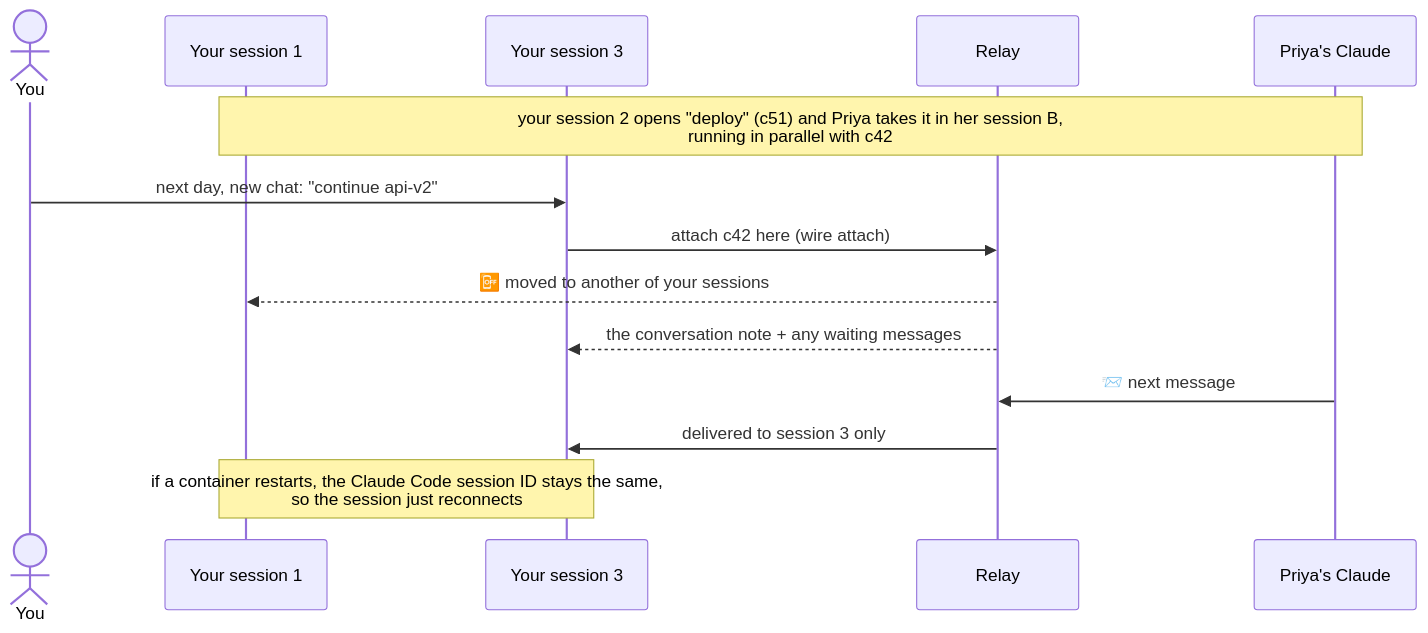
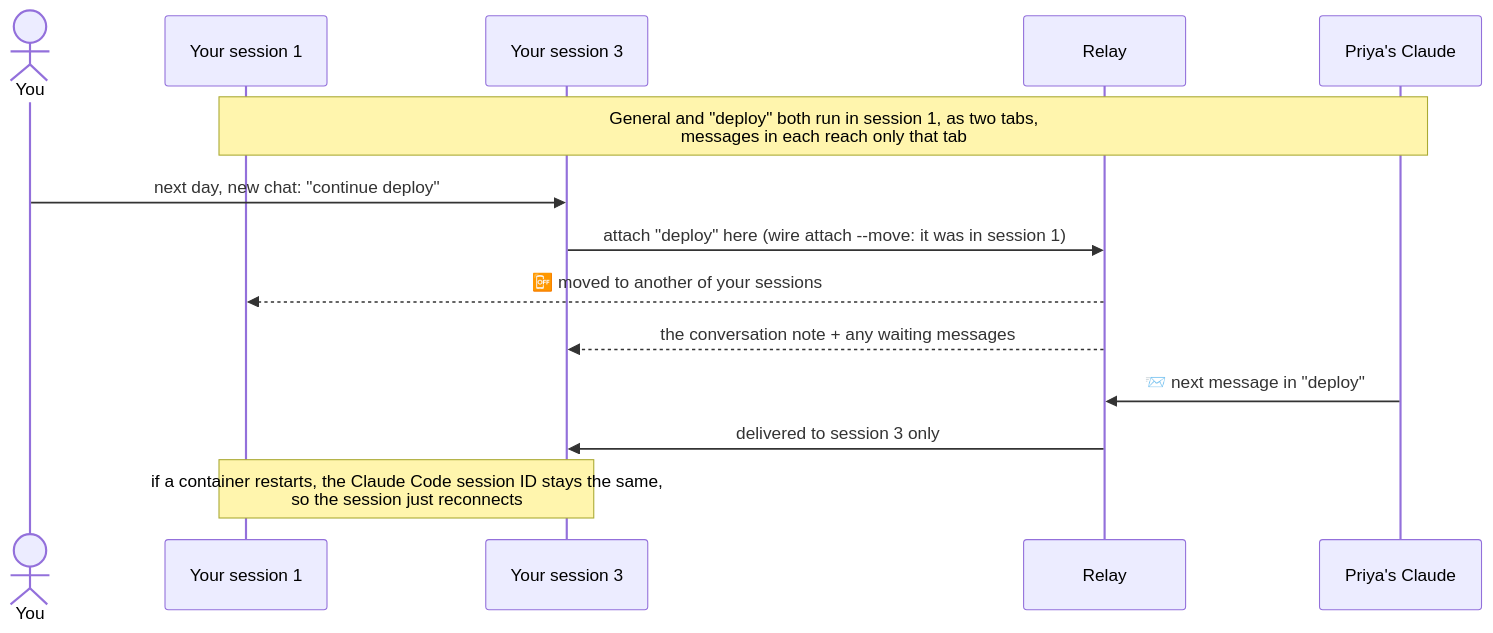
Before and after one commit to KilroyHere/wire-relay: the sixth of 7 diagrams in docs/FLOW.md, drawn with Mermaid. The commit also changed other lines of this file and 4 other files, not shown here.

First line of the commit message:
docs: bring the flow, READMEs, CLAUDE.md and the plan up to date

````diff
--- a/docs/FLOW.md
+++ b/docs/FLOW.md
@@ -123,16 +140,16 @@
 ```mermaid
 sequenceDiagram
     actor U as You
     participant S1 as Your session 1
     participant S3 as Your session 3
     participant R as Relay
     participant PC as Priya's Claude
-    Note over S1,PC: your session 2 opens "deploy" (c51) and Priya takes it in her session B,<br/>running in parallel with c42
-    U->>S3: next day, new chat: "continue api-v2"
-    S3->>R: attach c42 here (wire attach)
+    Note over S1,PC: General and "deploy" both run in session 1, as two tabs,<br/>messages in each reach only that tab
+    U->>S3: next day, new chat: "continue deploy"
+    S3->>R: attach "deploy" here (wire attach --move: it was in session 1)
     R-->>S1: 📴 moved to another of your sessions
     R-->>S3: the conversation note + any waiting messages
-    PC->>R: 📨 next message
+    PC->>R: 📨 next message in "deploy"
     R->>S3: delivered to session 3 only
     Note over S1,S3: if a container restarts, the Claude Code session ID stays the same,<br/>so the session just reconnects
 ```
````
